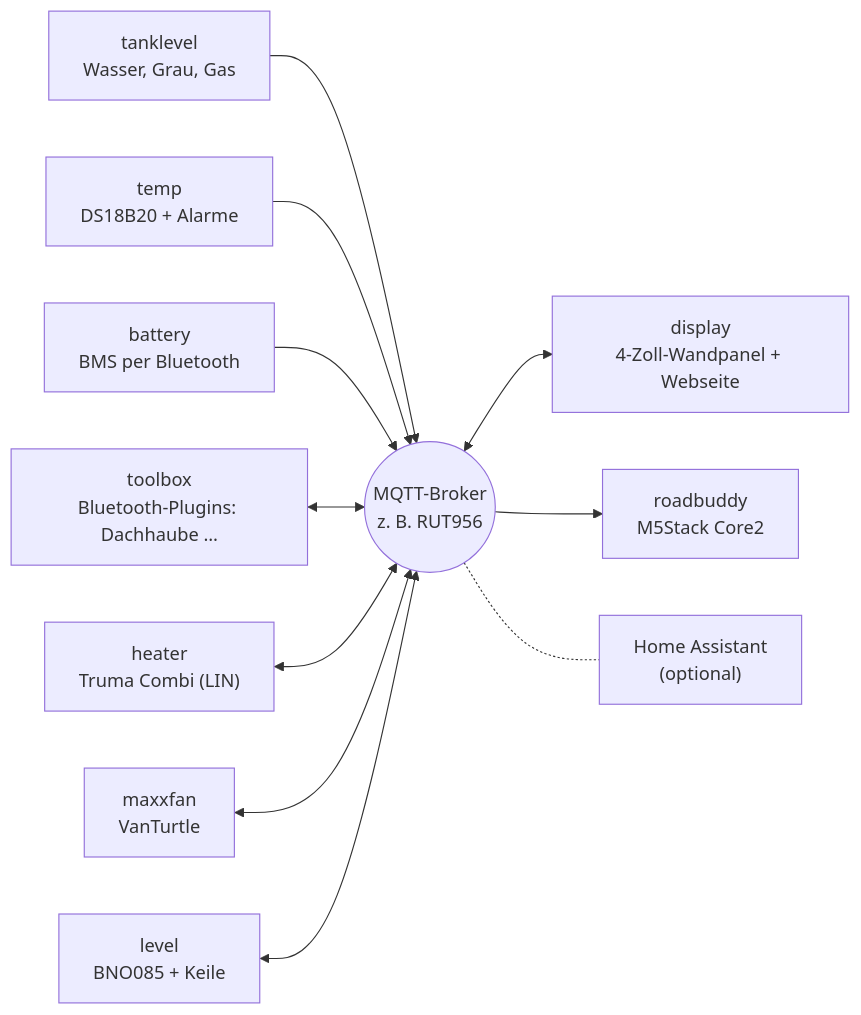
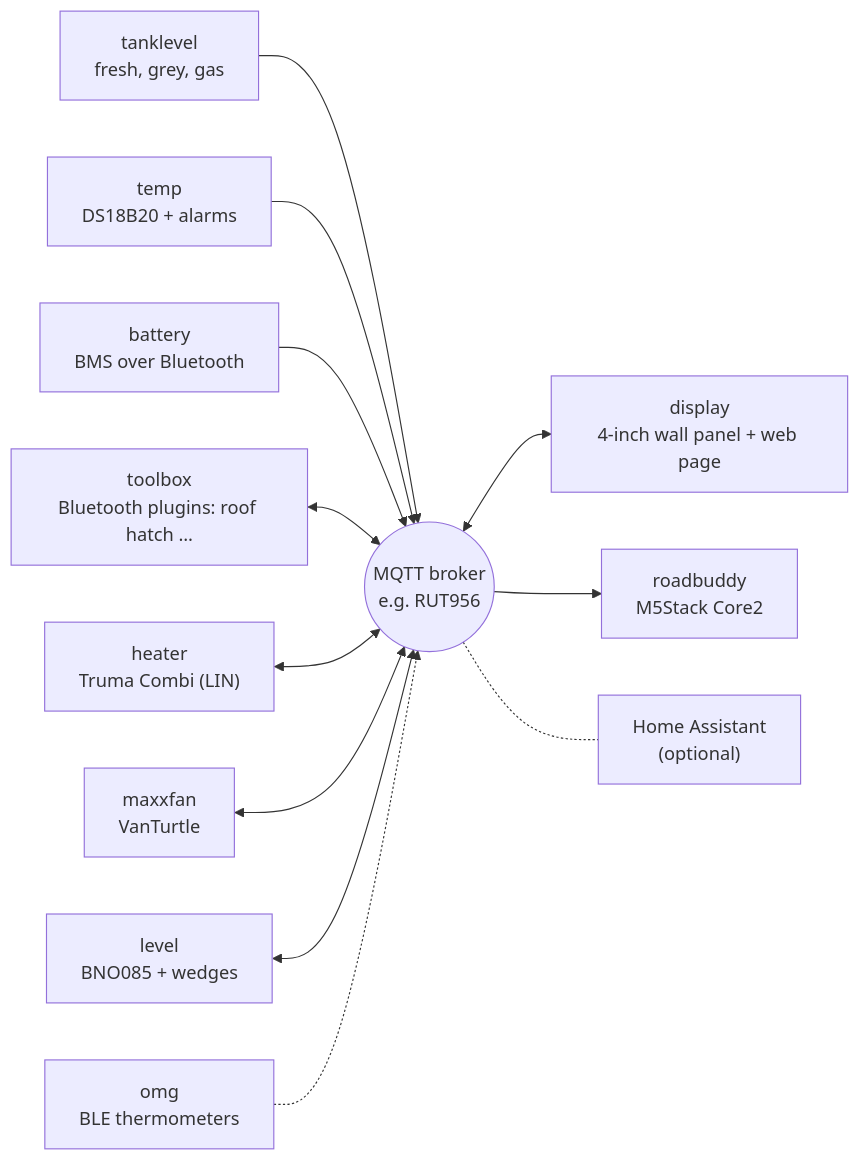
One commit to hflocki/camper-mqtt changed the diagram in README.md. Above: the diagram before and after it, drawn with Mermaid. The commit also changed other lines of this file and 2 other files, not shown here.

````diff
--- a/README.md
+++ b/README.md
@@ -5,14 +20,15 @@
 ```mermaid
 flowchart LR
-  broker(("MQTT-Broker<br/>z. B. RUT956"))
-  tank["tanklevel<br/>Wasser, Grau, Gas"] --> broker
-  temp["temp<br/>DS18B20 + Alarme"] --> broker
-  bat["battery<br/>BMS per Bluetooth"] --> broker
-  tool["toolbox<br/>Bluetooth-Plugins: Dachhaube …"] <--> broker
+  broker(("MQTT broker<br/>e.g. RUT956"))
+  tank["tanklevel<br/>fresh, grey, gas"] --> broker
+  temp["temp<br/>DS18B20 + alarms"] --> broker
+  bat["battery<br/>BMS over Bluetooth"] --> broker
+  tool["toolbox<br/>Bluetooth plugins: roof hatch …"] <--> broker
   heater["heater<br/>Truma Combi (LIN)"] <--> broker
   fan["maxxfan<br/>VanTurtle"] <--> broker
-  level["level<br/>BNO085 + Keile"] <--> broker
-  broker <--> display["display<br/>4-Zoll-Wandpanel + Webseite"]
+  level["level<br/>BNO085 + wedges"] <--> broker
+  omg["omg<br/>BLE thermometers"] -.-> broker
+  broker <--> display["display<br/>4-inch wall panel + web page"]
   broker --> rb["roadbuddy<br/>M5Stack Core2"]
   broker -.- ha["Home Assistant<br/>(optional)"]
 ```
````
